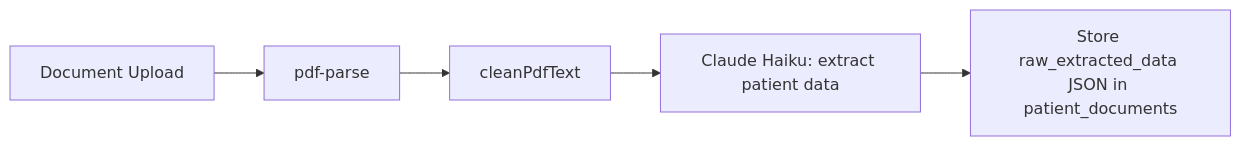
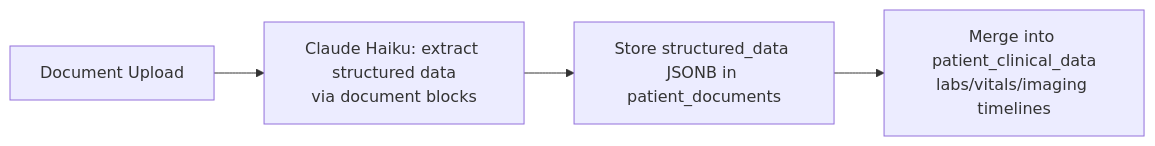
Before and after one commit to thengnathan/monsoon-health: the fourth of 5 diagrams in docs/PROJECT_DOCUMENTATION.md, drawn with Mermaid. The commit also changed other lines of this file and 23 other files, not shown here.

````diff
--- a/docs/PROJECT_DOCUMENTATION.md
+++ b/docs/PROJECT_DOCUMENTATION.md
@@ -650,7 +666,6 @@
 ```mermaid
 flowchart LR
-    A[Document Upload] --> B[pdf-parse]
-    B --> C[cleanPdfText]
-    C --> D[Claude Haiku: extract patient data]
-    D --> E[Store raw_extracted_data JSON in patient_documents]
+    A[Document Upload] --> B[Claude Haiku: extract structured data<br/>via document blocks]
+    B --> C[Store structured_data JSONB in patient_documents]
+    C --> D[Merge into patient_clinical_data<br/>labs/vitals/imaging timelines]
 ```
````
